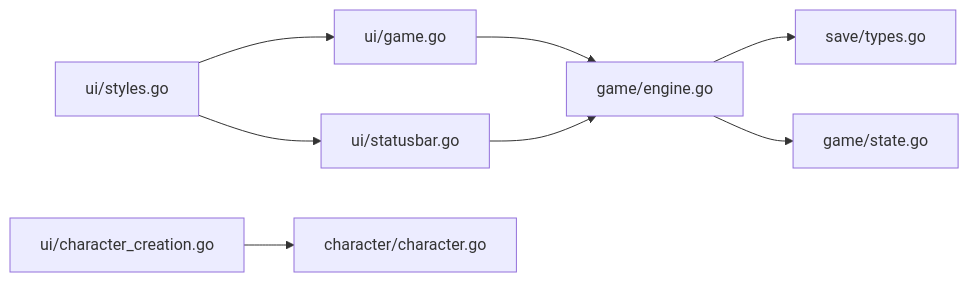
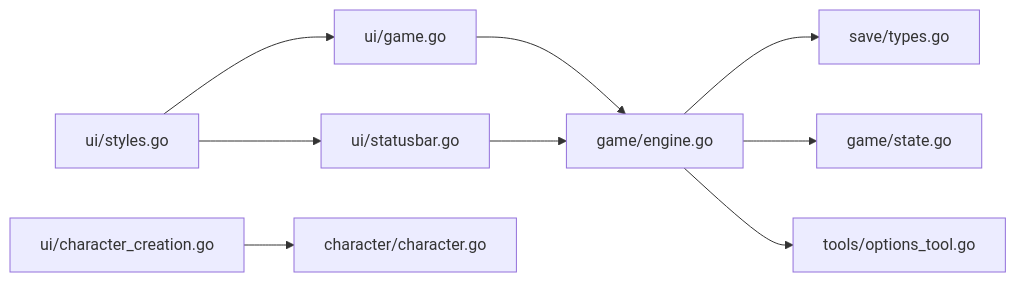
The sixth of 6 diagrams in .qoder/repowiki/zh/content/用户界面/用户界面.md (zwh8800/cdnd), drawn with Mermaid before and after one commit. The commit also changed other lines of this file and 5 other files, not shown here.

````diff
--- a/.qoder/repowiki/zh/content/用户界面/用户界面.md
+++ b/.qoder/repowiki/zh/content/用户界面/用户界面.md
@@ -307,10 +370,11 @@
 ```mermaid
 graph LR
 UI_GAME["ui/game.go"] --> GAME_ENGINE["game/engine.go"]
 UI_STATUS["ui/statusbar.go"] --> GAME_ENGINE
 UI_CHAR["ui/character_creation.go"] --> CHAR_MODEL["character/character.go"]
 GAME_ENGINE --> SAVE_TYPES["save/types.go"]
 GAME_ENGINE --> GAME_STATE["game/state.go"]
+GAME_ENGINE --> OPTION_TOOL["tools/options_tool.go"]
 UI_STYLES["ui/styles.go"] --> UI_GAME
 UI_STYLES --> UI_STATUS
 ```
````
